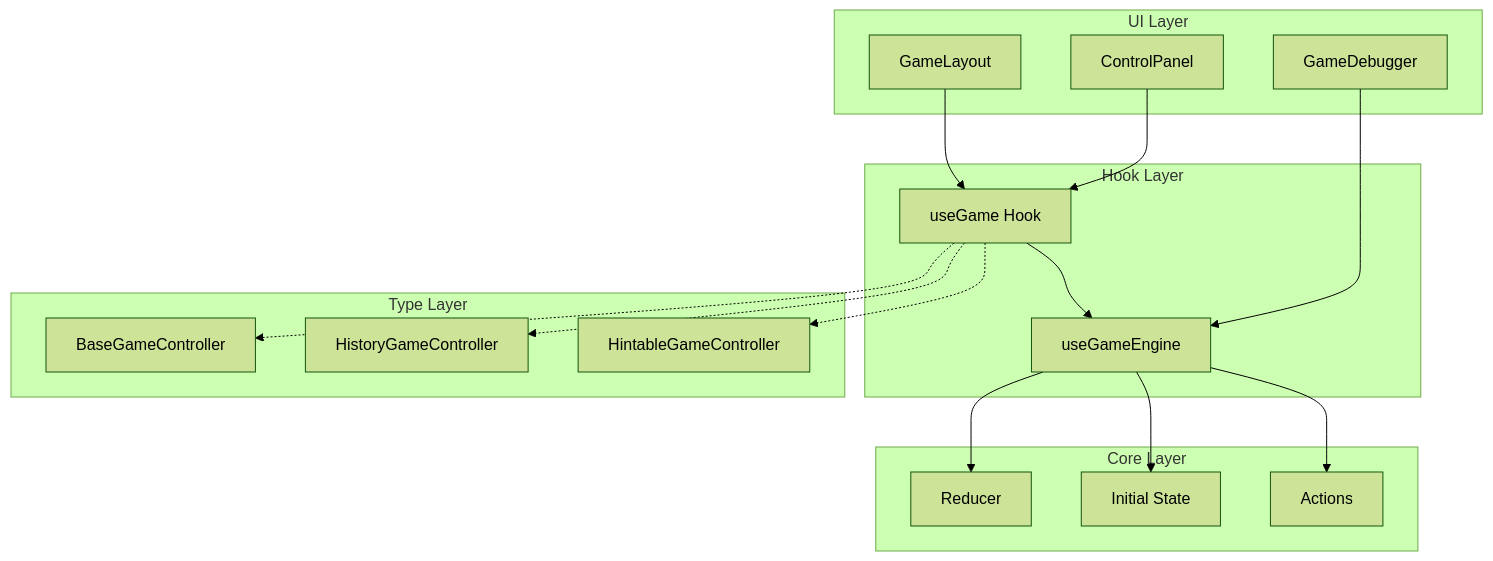
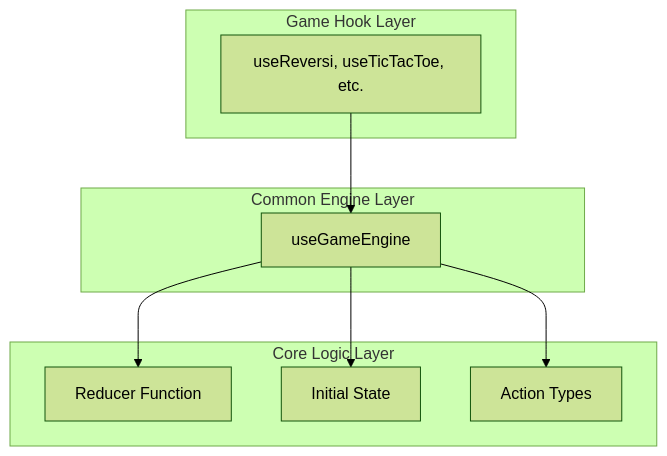
The diagram in .kiro/specs/game-time-travel-engine/design.md (Ishikawa-Taiki/minimal-games-hub), drawn with Mermaid (forest theme) before and after one commit. The commit also changed other lines of this file and 1 other file, not shown here.

````diff
--- a/.kiro/specs/game-time-travel-engine/design.md
+++ b/.kiro/specs/game-time-travel-engine/design.md
@@ -19,38 +18,21 @@
 ```mermaid
 graph TB
-    subgraph "UI Layer"
-        GL[GameLayout]
-        CP[ControlPanel]
-        GD[GameDebugger]
+    subgraph "Game Hook Layer"
+        UG[useReversi, useTicTacToe, etc.]
     end
     
-    subgraph "Hook Layer"
+    subgraph "Common Engine Layer"
         UGE[useGameEngine]
-        UG[useGame Hook]
     end
     
-    subgraph "Core Layer"
-        R[Reducer]
+    subgraph "Core Logic Layer"
+        R[Reducer Function]
         IS[Initial State]
-        A[Actions]
+        A[Action Types]
     end
     
-    subgraph "Type Layer"
-        BGC[BaseGameController]
-        HGC[HistoryGameController]
-        HINT[HintableGameController]
-    end
-    
-    GL --> UG
     UG --> UGE
     UGE --> R
     UGE --> IS
     UGE --> A
-    
-    UG -.-> BGC
-    UG -.-> HGC
-    UG -.-> HINT
-    
-    CP --> UG
-    GD --> UGE
 ```
````
